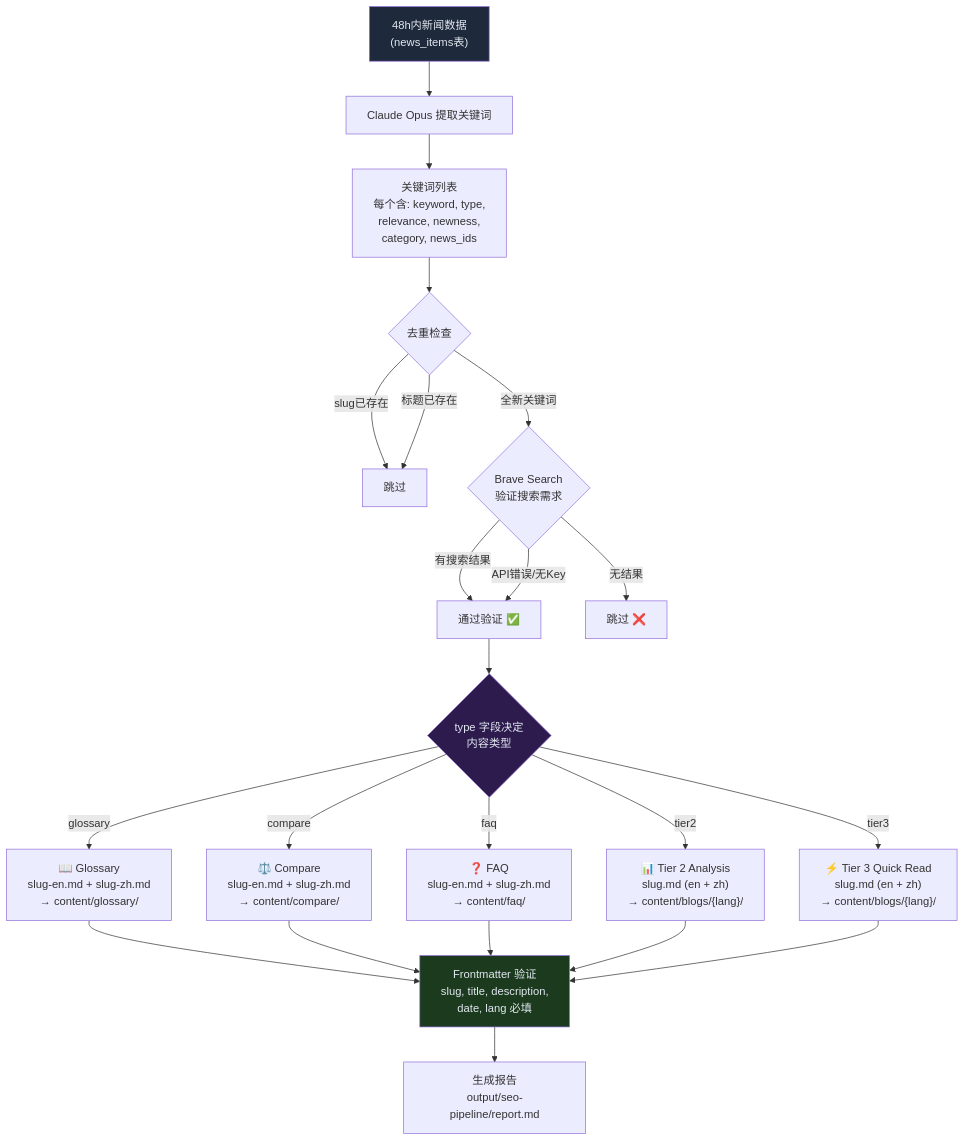
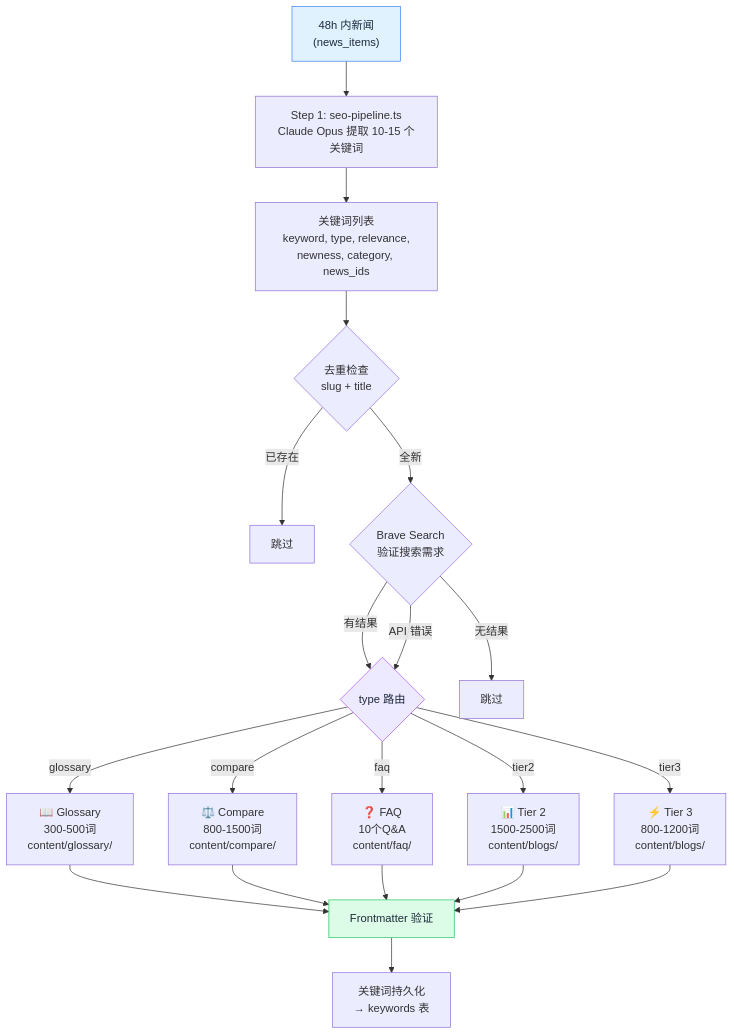
Before and after one commit to morphph/hot2content-init: the sixth of 9 diagrams in docs/PIPELINE-ARCHITECTURE.md, drawn with Mermaid. The commit also changed other lines of this file and 3 other files, not shown here.

First line of the commit message:
Add PAA→FAQ consumer, git push in daily-seo.sh, update architecture docs

````diff
--- a/docs/PIPELINE-ARCHITECTURE.md
+++ b/docs/PIPELINE-ARCHITECTURE.md
@@ -103,30 +278,27 @@
 ```mermaid
 flowchart TD
-    NEWS["48h内新闻数据<br/>(news_items表)"] --> EXTRACT["Claude Opus 提取关键词"]
-    
-    EXTRACT --> KW_LIST["关键词列表<br/>每个含: keyword, type,<br/>relevance, newness,<br/>category, news_ids"]
-    
-    KW_LIST --> DEDUP{"去重检查"}
-    DEDUP -->|"slug已存在"| SKIP["跳过"]
-    DEDUP -->|"标题已存在"| SKIP
-    DEDUP -->|"全新关键词"| BRAVE_CHECK{"Brave Search<br/>验证搜索需求"}
-    
-    BRAVE_CHECK -->|"有搜索结果"| PASS["通过验证 ✅"]
-    BRAVE_CHECK -->|"无结果"| SKIP2["跳过 ❌"]
-    BRAVE_CHECK -->|"API错误/无Key"| PASS
-    
-    PASS --> TYPE{"type 字段决定<br/>内容类型"}
-    
-    TYPE -->|"glossary"| G["📖 Glossary<br/>slug-en.md + slug-zh.md<br/>→ content/glossary/"]
-    TYPE -->|"compare"| C["⚖️ Compare<br/>slug-en.md + slug-zh.md<br/>→ content/compare/"]
-    TYPE -->|"faq"| F["❓ FAQ<br/>slug-en.md + slug-zh.md<br/>→ content/faq/"]
-    TYPE -->|"tier2"| T2["📊 Tier 2 Analysis<br/>slug.md (en + zh)<br/>→ content/blogs/{lang}/"]
-    TYPE -->|"tier3"| T3["⚡ Tier 3 Quick Read<br/>slug.md (en + zh)<br/>→ content/blogs/{lang}/"]
-    
-    G & C & F & T2 & T3 --> VALIDATE["Frontmatter 验证<br/>slug, title, description,<br/>date, lang 必填"]
-    VALIDATE --> REPORT["生成报告<br/>output/seo-pipeline/report.md"]
+    NEWS["48h 内新闻<br/>(news_items)"] --> EXTRACT["Step 1: seo-pipeline.ts<br/>Claude Opus 提取 10-15 个关键词"]
 
-    style NEWS fill:#1e293b,color:#e2e8f0
-    style TYPE fill:#2d1b4e,color:#e2e8f0
-    style VALIDATE fill:#1b3a1e,color:#e2e8f0
+    EXTRACT --> KW_LIST["关键词列表<br/>keyword, type, relevance,<br/>newness, category, news_ids"]
+
+    KW_LIST --> DEDUP{"去重检查<br/>slug + title"}
+    DEDUP -->|"已存在"| SKIP["跳过"]
+    DEDUP -->|"全新"| BRAVE{"Brave Search<br/>验证搜索需求"}
+
+    BRAVE -->|"有结果"| TYPE{"type 路由"}
+    BRAVE -->|"无结果"| SKIP2["跳过"]
+    BRAVE -->|"API 错误"| TYPE
+
+    TYPE -->|"glossary"| G["📖 Glossary<br/>300-500词<br/>content/glossary/"]
+    TYPE -->|"compare"| C["⚖️ Compare<br/>800-1500词<br/>content/compare/"]
+    TYPE -->|"faq"| F["❓ FAQ<br/>10个Q&A<br/>content/faq/"]
+    TYPE -->|"tier2"| T2["📊 Tier 2<br/>1500-2500词<br/>content/blogs/"]
+    TYPE -->|"tier3"| T3["⚡ Tier 3<br/>800-1200词<br/>content/blogs/"]
+
+    G & C & F & T2 & T3 --> VALIDATE["Frontmatter 验证"]
+    VALIDATE --> DB_KW["关键词持久化<br/>→ keywords 表"]
+
+    style NEWS fill:#e0f2fe,stroke:#3b82f6,color:#1e293b
+    style TYPE fill:#ede9fe,stroke:#a855f7,color:#1e293b
+    style VALIDATE fill:#dcfce7,stroke:#22c55e,color:#1e293b
 ```
````
